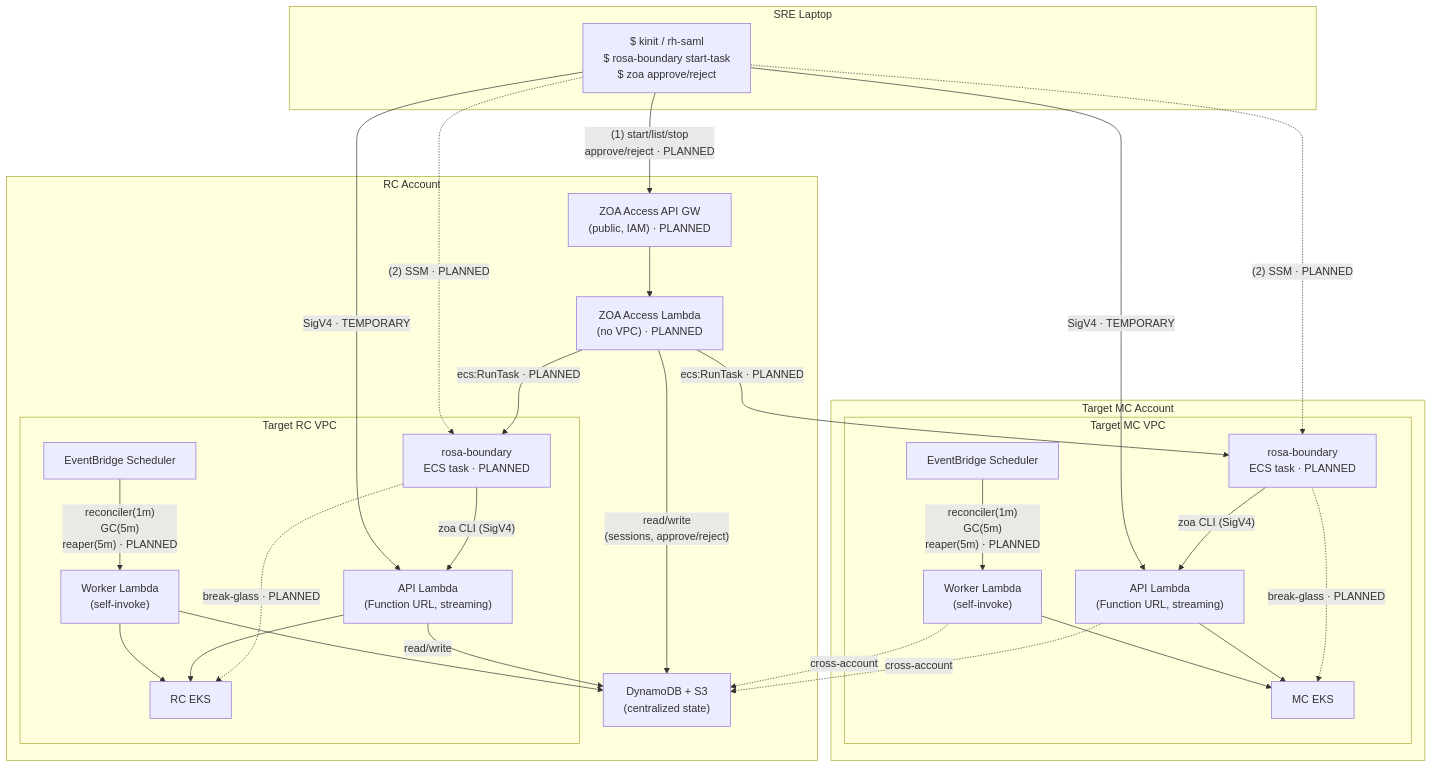
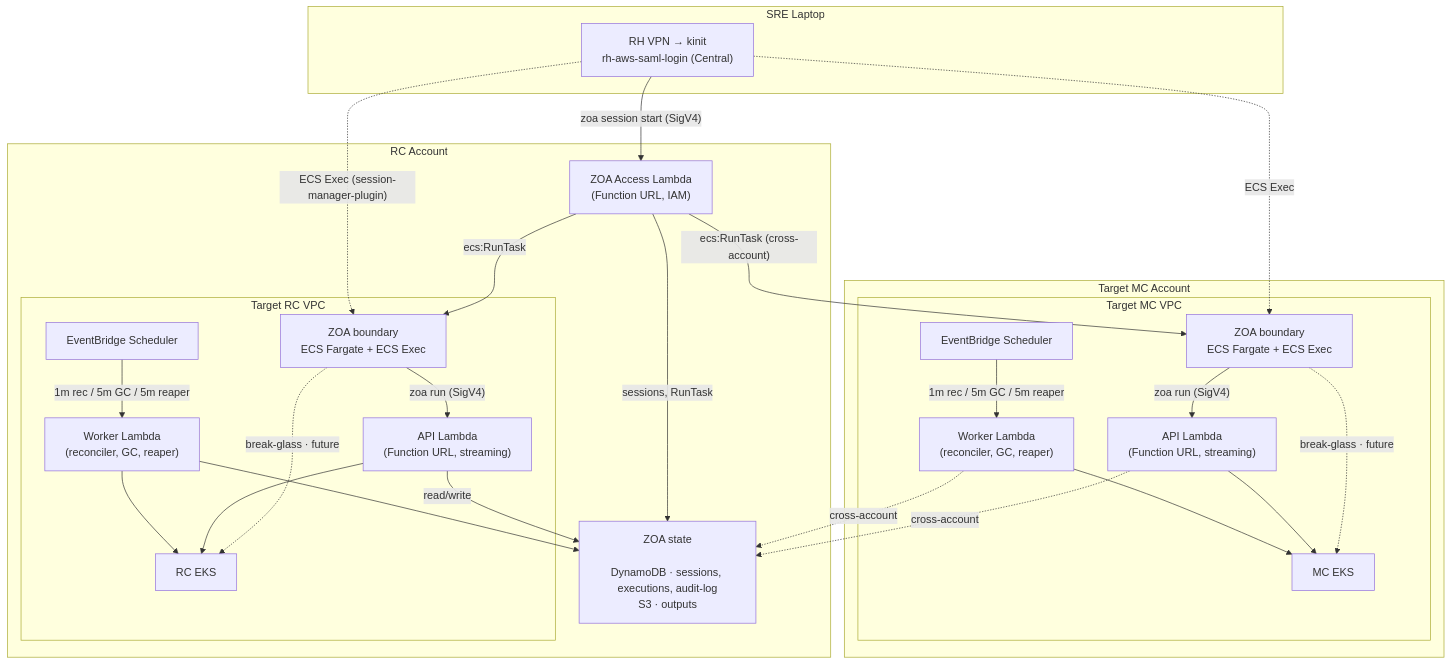
One commit to Alcamech/rosa-hyperfleet-zoa changed the diagram in README.md. Above: the diagram before and after it, drawn with Mermaid. The commit also changed other lines of this file and 12 other files, not shown here.

````diff
--- a/README.md
+++ b/README.md
@@ -74,68 +101,59 @@
 ```mermaid
+---
+config:
+  layout: dagre
+---
 graph TD
     subgraph laptop["SRE Laptop"]
-        L["$ kinit / rh-saml<br/>$ rosa-boundary start-task<br/>$ zoa approve/reject"]
+        L["RH VPN → kinit<br/>rh-aws-saml-login (Central)"]
     end
 
     subgraph rc["RC Account"]
-        AGW["ZOA Access API GW<br/>(public, IAM) · PLANNED"]
-        AL["ZOA Access Lambda<br/>(no VPC) · PLANNED"]
-        DDB["DynamoDB + S3<br/>(centralized state)"]
+        ACCESS["ZOA Access Lambda<br/>(Function URL, IAM)"]
+        STATE["ZOA state<br/><br/>DynamoDB · sessions, executions, audit-log<br/>S3 · outputs"]
         subgraph rc_vpc["Target RC VPC"]
-            BOUNDARY_RC["rosa-boundary<br/>ECS task · PLANNED"]
+            BOUNDARY_RC["ZOA boundary<br/>ECS Fargate + ECS Exec"]
             EB_RC["EventBridge Scheduler"]
             API_RC["API Lambda<br/>(Function URL, streaming)"]
-            WORKER_RC["Worker Lambda<br/>(self-invoke)"]
+            WORKER_RC["Worker Lambda<br/>(reconciler, GC, reaper)"]
             EKS_RC["RC EKS"]
         end
     end
 
     subgraph mc["Target MC Account"]
         subgraph mc_vpc["Target MC VPC"]
-            BOUNDARY_MC["rosa-boundary<br/>ECS task · PLANNED"]
+            BOUNDARY_MC["ZOA boundary<br/>ECS Fargate + ECS Exec"]
             EB_MC["EventBridge Scheduler"]
             API_MC["API Lambda<br/>(Function URL, streaming)"]
-            WORKER_MC["Worker Lambda<br/>(self-invoke)"]
+            WORKER_MC["Worker Lambda<br/>(reconciler, GC, reaper)"]
             EKS_MC["MC EKS"]
         end
     end
 
-    %% ZOA Access (PLANNED): session mgmt + approvals
-    L -->|"(1) start/list/stop<br/>approve/reject · PLANNED"| AGW
-    AGW --> AL
-    AL -->|"read/write<br/>(sessions, approve/reject)"| DDB
-    AL -->|"ecs:RunTask · PLANNED"| BOUNDARY_RC
-    AL -->|"ecs:RunTask · PLANNED"| BOUNDARY_MC
+    L -->|"zoa session start (SigV4)"| ACCESS
+    ACCESS -->|"sessions, RunTask"| STATE
+    ACCESS -->|"ecs:RunTask"| BOUNDARY_RC
+    ACCESS -->|"ecs:RunTask (cross-account)"| BOUNDARY_MC
 
-    %% SRE connects to container via SSM (PLANNED)
-    L -.->|"(2) SSM · PLANNED"| BOUNDARY_RC
-    L -.->|"(2) SSM · PLANNED"| BOUNDARY_MC
+    L -.->|"ECS Exec (session-manager-plugin)"| BOUNDARY_RC
+    L -.->|"ECS Exec"| BOUNDARY_MC
 
-    %% rosa-boundary calls local API Lambda (PLANNED)
-    BOUNDARY_RC -->|"zoa CLI (SigV4)"| API_RC
-    BOUNDARY_MC -->|"zoa CLI (SigV4)"| API_MC
+    BOUNDARY_RC -->|"zoa run (SigV4)"| API_RC
+    BOUNDARY_MC -->|"zoa run (SigV4)"| API_MC
 
-    %% Break-glass: direct kubectl from container (PLANNED)
-    BOUNDARY_RC -.->|"break-glass · PLANNED"| EKS_RC
-    BOUNDARY_MC -.->|"break-glass · PLANNED"| EKS_MC
+    BOUNDARY_RC -.->|"break-glass · future"| EKS_RC
+    BOUNDARY_MC -.->|"break-glass · future"| EKS_MC
 
-    %% Today: CLI calls Function URL directly (TEMPORARY)
-    L -->|"SigV4 · TEMPORARY"| API_RC
-    L -->|"SigV4 · TEMPORARY"| API_MC
+    EB_RC -->|"1m rec / 5m GC / 5m reaper"| WORKER_RC
+    EB_MC -->|"1m rec / 5m GC / 5m reaper"| WORKER_MC
 
-    %% EventBridge → Workers
-    EB_RC -->|"reconciler(1m)<br/>GC(5m)<br/>reaper(5m) · PLANNED"| WORKER_RC
-    EB_MC -->|"reconciler(1m)<br/>GC(5m)<br/>reaper(5m) · PLANNED"| WORKER_MC
-
-    %% Lambdas → EKS
     API_RC --> EKS_RC
     WORKER_RC --> EKS_RC
     API_MC --> EKS_MC
     WORKER_MC --> EKS_MC
 
-    %% Data access
-    API_RC -->|"read/write"| DDB
-    WORKER_RC --> DDB
-    API_MC -.->|"cross-account"| DDB
-    WORKER_MC -.->|"cross-account"| DDB
+    API_RC -->|"read/write"| STATE
+    WORKER_RC --> STATE
+    API_MC -.->|"cross-account"| STATE
+    WORKER_MC -.->|"cross-account"| STATE
 ```
````
